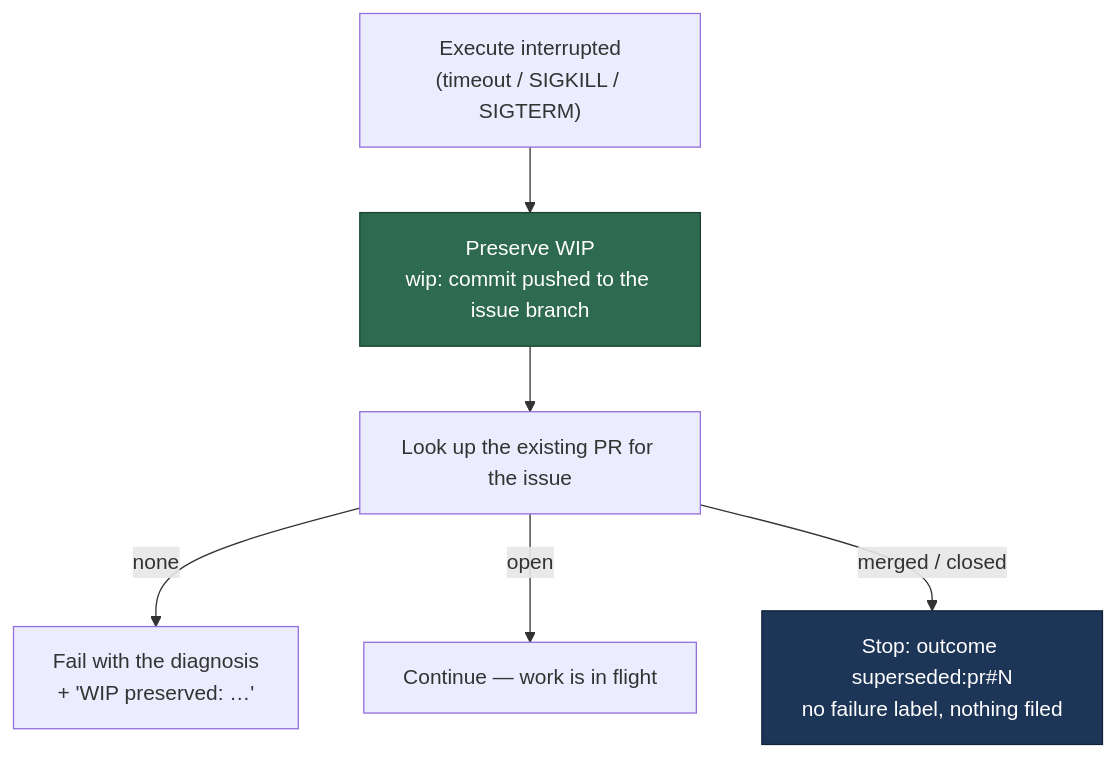
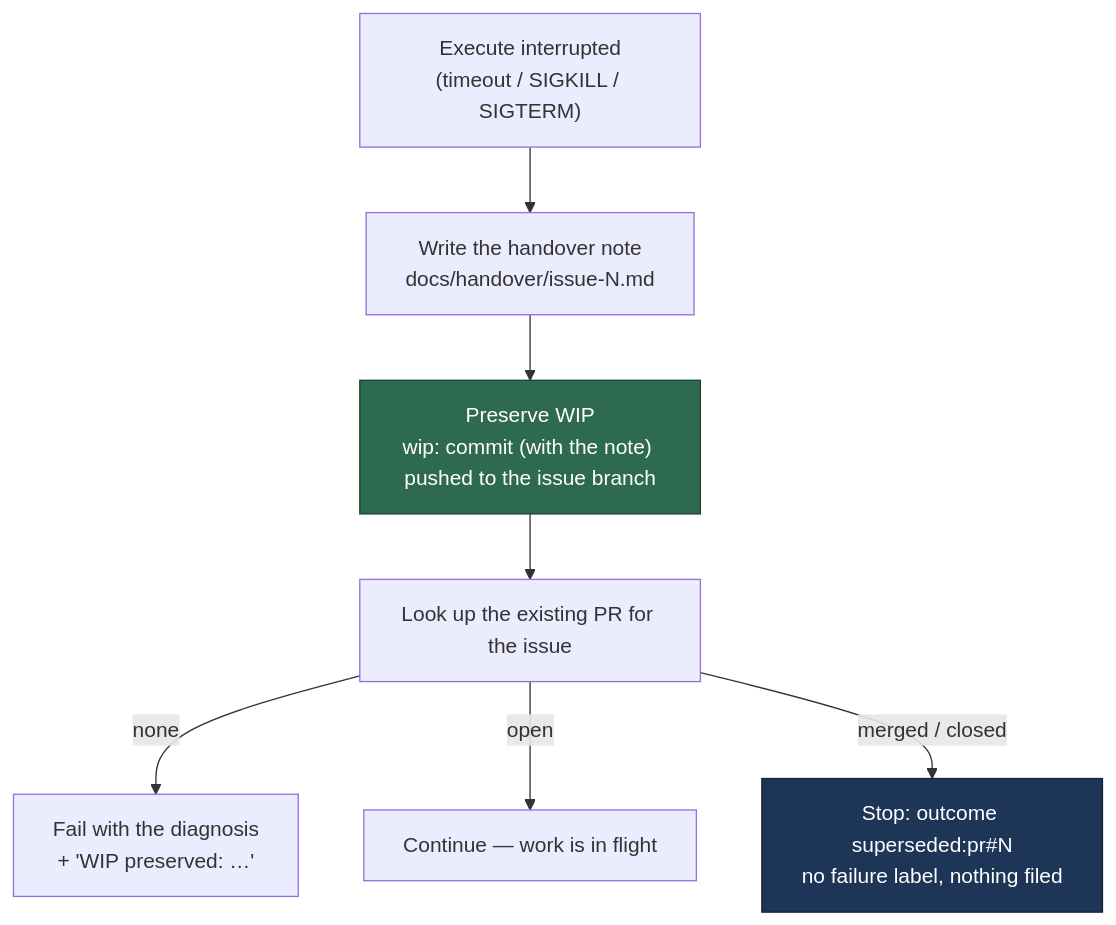
One commit to stSoftwareAU/VibeCoder changed the eighth of 14 diagrams in docs/workflows/issue-processing.md. Above: the diagram before and after it, drawn with Mermaid. The commit also changed other lines of this file and 6 other files, not shown here.

First line of the commit message:
feat: commit a portable handover note when a run is interrupted (#769)

````diff
--- a/docs/workflows/issue-processing.md
+++ b/docs/workflows/issue-processing.md
@@ -504,10 +505,11 @@
 ```mermaid
 flowchart TD
-    T["Execute interrupted<br/>(timeout / SIGKILL / SIGTERM)"] --> P["Preserve WIP<br/>wip: commit pushed to the issue branch"]
+    T["Execute interrupted<br/>(timeout / SIGKILL / SIGTERM)"] --> H["Write the handover note<br/>docs/handover/issue-N.md"]
+    H --> P["Preserve WIP<br/>wip: commit (with the note) pushed to the issue branch"]
     P --> L["Look up the existing PR for the issue"]
     L -->|none| F["Fail with the diagnosis<br/>+ 'WIP preserved: …'"]
     L -->|open| C["Continue — work is in flight"]
     L -->|merged / closed| S["Stop: outcome superseded:pr#N<br/>no failure label, nothing filed"]
     style P fill:#2d6a4f,stroke:#1b4332,color:#fff
     style S fill:#1d3557,stroke:#14213d,color:#fff
 ```
````
